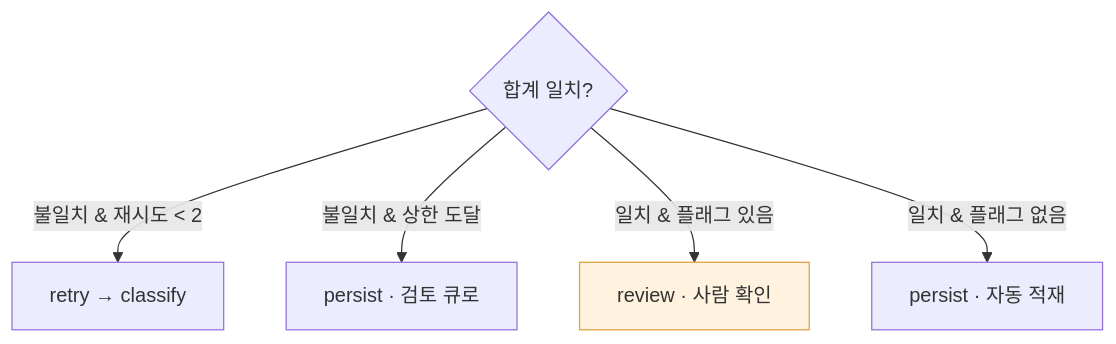
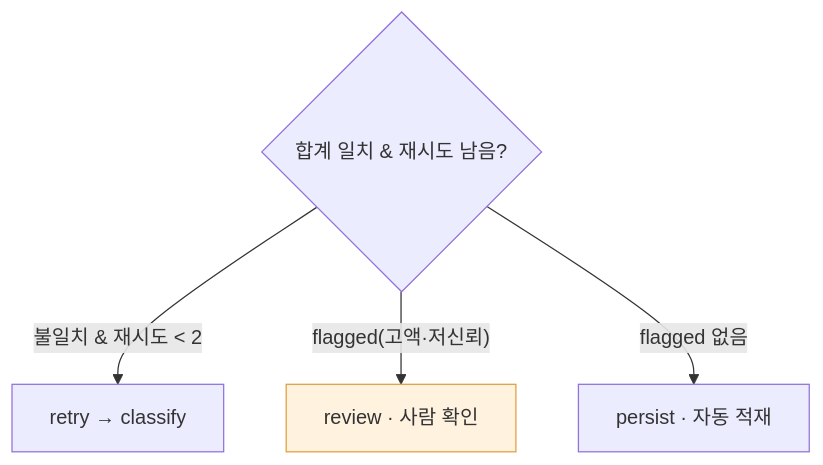
The third of 4 diagrams in books/md/Chapter 2. LangChain LangGraph Agent와 Harness 구조.md (Yo-sure/deepagents-handson), drawn with Mermaid before and after one commit. The commit also changed other lines of this file and 1 other file, not shown here.

````diff
--- a/books/md/Chapter 2. LangChain LangGraph Agent와 Harness 구조.md
+++ b/books/md/Chapter 2. LangChain LangGraph Agent와 Harness 구조.md
@@ -201,9 +202,8 @@
 ```mermaid
 flowchart TD
-    V{"합계 일치?"}
+    V{"합계 일치 & 재시도 남음?"}
     V -->|"불일치 & 재시도 < 2"| R["retry → classify"]
-    V -->|"불일치 & 상한 도달"| P1["persist · 검토 큐로"]
-    V -->|"일치 & 플래그 있음"| RV["review · 사람 확인"]
-    V -->|"일치 & 플래그 없음"| P2["persist · 자동 적재"]
+    V -->|"flagged(고액·저신뢰)"| RV["review · 사람 확인"]
+    V -->|"flagged 없음"| P2["persist · 자동 적재"]
     style RV fill:#fff3e0,stroke:#e09f3e
 ```
````
